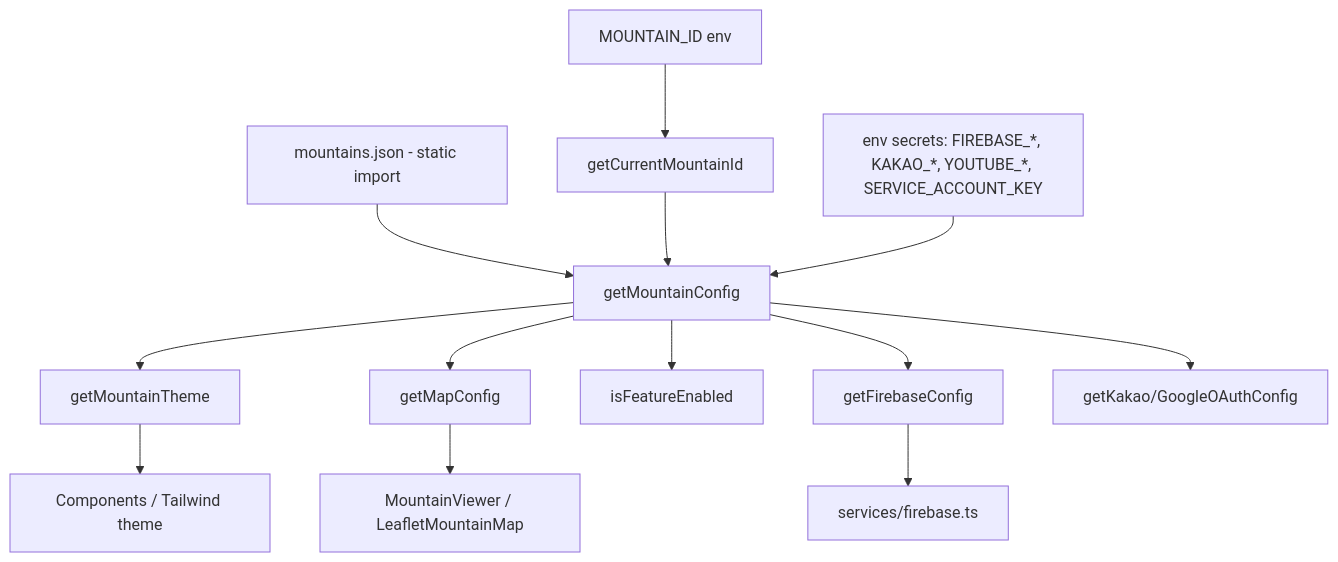
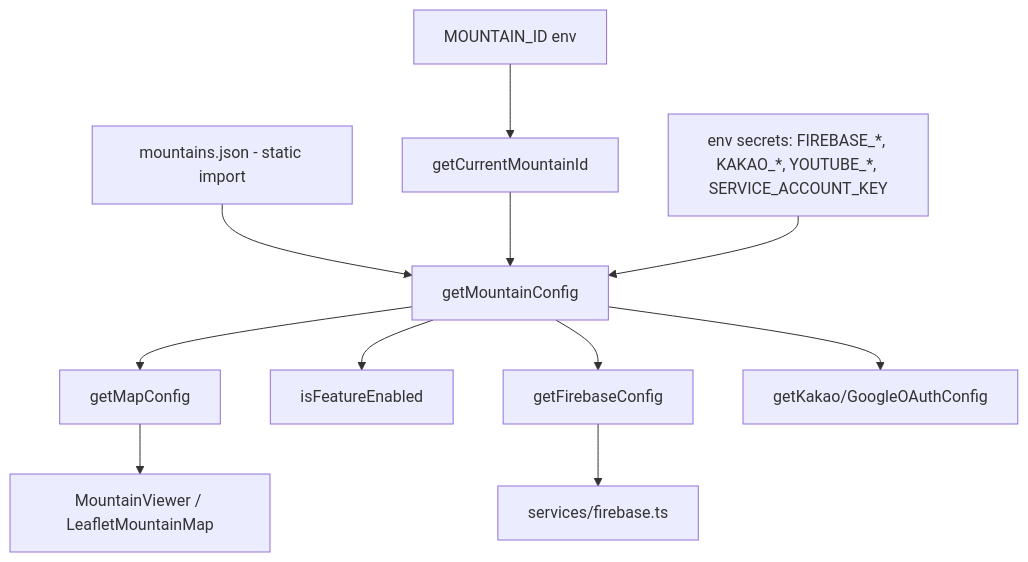
Before and after one commit to wwolfyy/mohocat: the first of 2 diagrams in docs/codebase/multi-tenant-config.md, drawn with Mermaid. The commit also changed other lines of this file and 30 other files, not shown here.

````diff
--- a/docs/codebase/multi-tenant-config.md
+++ b/docs/codebase/multi-tenant-config.md
@@ -25,15 +25,13 @@
 ```mermaid
 flowchart TD
     Env[MOUNTAIN_ID env] --> CurId[getCurrentMountainId]
     Json[mountains.json - static import] --> Cfg[getMountainConfig]
     CurId --> Cfg
     EnvSecrets[env secrets: FIREBASE_*, KAKAO_*, YOUTUBE_*, SERVICE_ACCOUNT_KEY] --> Cfg
-    Cfg --> Theme[getMountainTheme]
     Cfg --> MapCfg[getMapConfig]
     Cfg --> Features[isFeatureEnabled]
     Cfg --> FBCfg[getFirebaseConfig]
     Cfg --> OAuth[getKakao/GoogleOAuthConfig]
-    Theme --> UI[Components / Tailwind theme]
     MapCfg --> Map[MountainViewer / LeafletMountainMap]
     FBCfg --> FBInit[services/firebase.ts]
 ```
````
